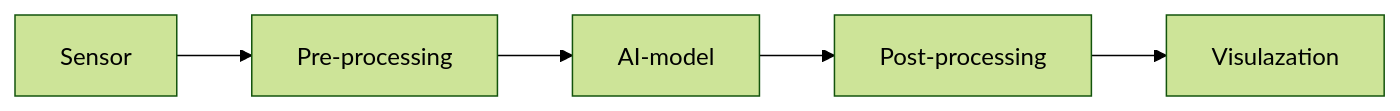
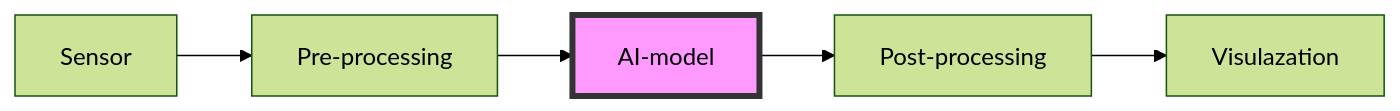
One commit to OAAX-standard/OAAX changed the diagram in README.md. Above: the diagram before and after it, drawn with Mermaid (forest theme).

Commit message:
Structure README

````diff
--- a/README.md
+++ b/README.md
@@ -57,12 +57,13 @@
 ```mermaid
 flowchart LR;
     A[Sensor];
     B[Pre-processing];
     C[AI-model];
+    style C fill:#f9f,stroke:#333,stroke-width:4px
     D[Post-processing];
     E[Visulazation];
     A-->B
     B-->C;
     C-->D;
     D-->E;
 ```
````
